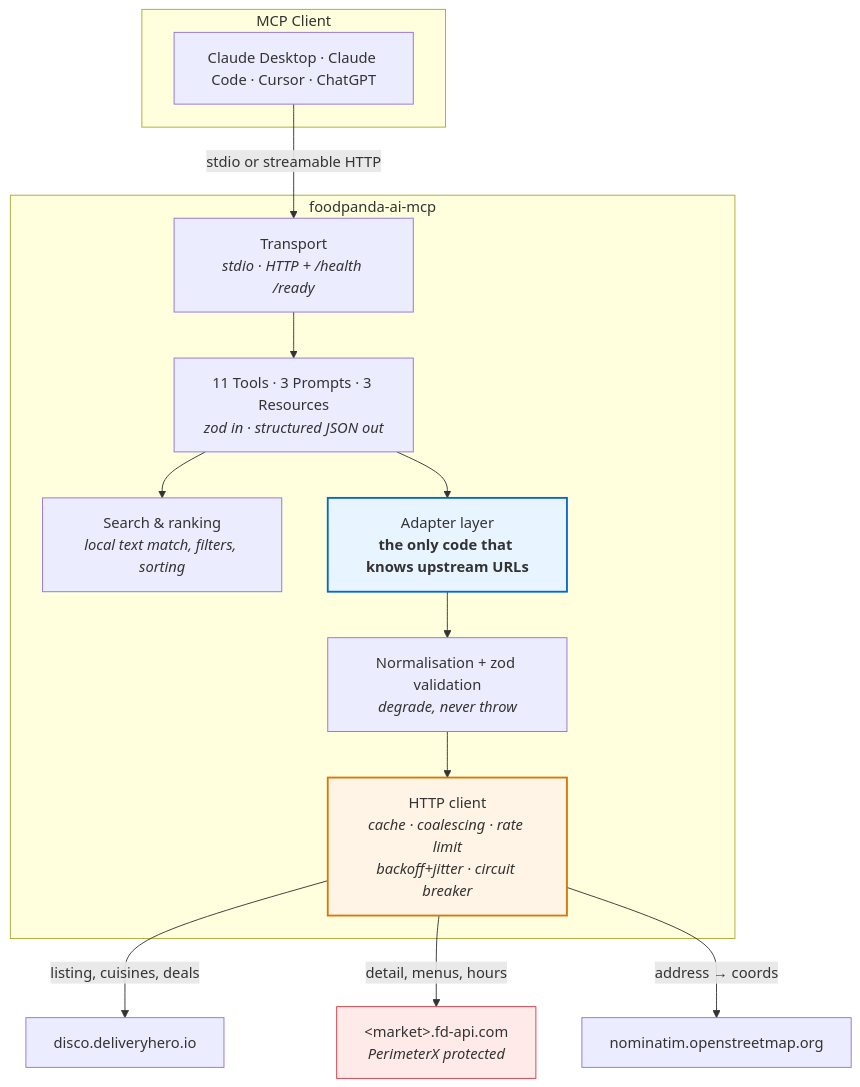
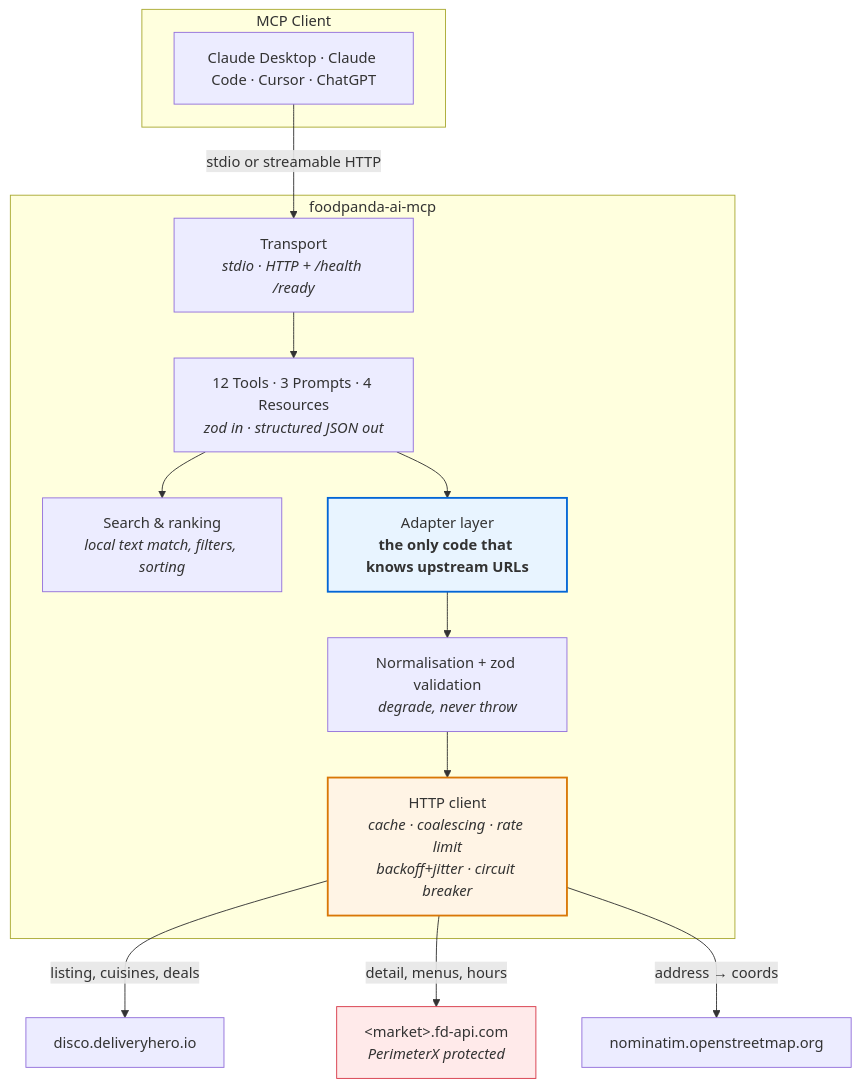
Before and after one commit to RehmTheGreat/foodpanda-ai-mcp: the diagram in README.md, drawn with Mermaid. The commit also changed other lines of this file and 2 other files, not shown here.

````diff
--- a/README.md
+++ b/README.md
@@ -363,25 +366,25 @@
 ```mermaid
 flowchart TD
     subgraph Client["MCP Client"]
         A["Claude Desktop · Claude Code · Cursor · ChatGPT"]
     end
 
     A -->|stdio or streamable HTTP| B
 
     subgraph Server["foodpanda-ai-mcp"]
         B["Transport<br/><i>stdio · HTTP + /health /ready</i>"]
-        B --> C["11 Tools · 3 Prompts · 3 Resources<br/><i>zod in · structured JSON out</i>"]
+        B --> C["12 Tools · 3 Prompts · 4 Resources<br/><i>zod in · structured JSON out</i>"]
         C --> D["Search & ranking<br/><i>local text match, filters, sorting</i>"]
         C --> E["Adapter layer<br/><b>the only code that knows upstream URLs</b>"]
         E --> F["Normalisation + zod validation<br/><i>degrade, never throw</i>"]
         F --> G["HTTP client<br/><i>cache · coalescing · rate limit<br/>backoff+jitter · circuit breaker</i>"]
     end
 
     G -->|"listing, cuisines, deals"| H["disco.deliveryhero.io"]
     G -->|"detail, menus, hours"| I["&lt;market&gt;.fd-api.com<br/><i>PerimeterX protected</i>"]
     G -->|"address → coords"| J["nominatim.openstreetmap.org"]
 
     style E fill:#e8f4ff,stroke:#0366d6,stroke-width:2px
     style G fill:#fff4e5,stroke:#d97706,stroke-width:2px
     style I fill:#ffeaea,stroke:#d73a49
 ```
````
